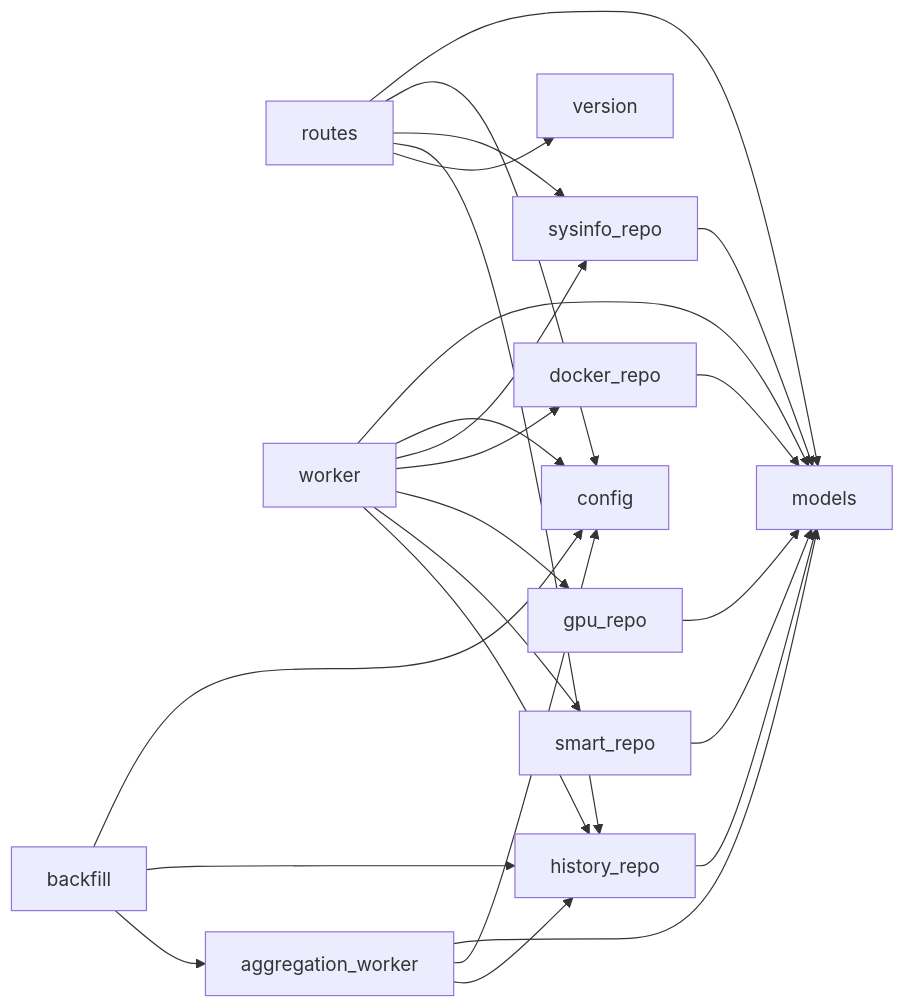
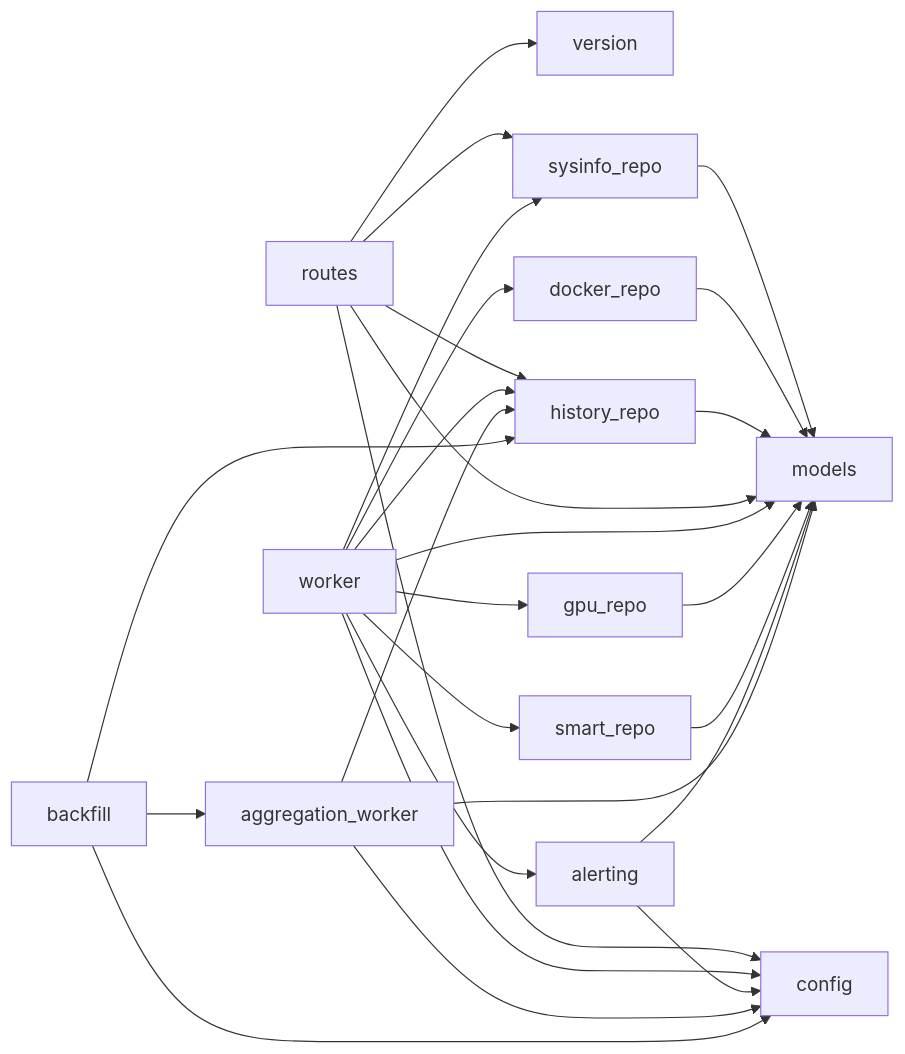
One commit to DarkseidAM/homeserver_rust changed the second of 3 diagrams in CODEBASE.md. Above: the diagram before and after it, drawn with Mermaid. The commit also changed other lines of this file and 12 other files, not shown here.

````diff
--- a/CODEBASE.md
+++ b/CODEBASE.md
@@ -120,39 +125,43 @@
 ```mermaid
 graph LR
     config["config"]
     models["models"]
     version["version"]
     sysinfo_repo["sysinfo_repo"]
     docker_repo["docker_repo"]
     history_repo["history_repo"]
     routes["routes"]
     worker["worker"]
     aggregation_worker["aggregation_worker"]
     backfill["backfill"]
 
     sysinfo_repo --> models
     docker_repo --> models
     gpu_repo["gpu_repo"]
     smart_repo["smart_repo"]
+    alerting["alerting"]
     history_repo --> models
     routes --> models
     routes --> config
     routes --> sysinfo_repo
     routes --> history_repo
     worker --> models
     worker --> config
     worker --> sysinfo_repo
     worker --> docker_repo
     worker --> gpu_repo
     gpu_repo --> models
     worker --> smart_repo
     smart_repo --> models
+    worker --> alerting
+    alerting --> models
+    alerting --> config
     worker --> history_repo
     aggregation_worker --> models
     aggregation_worker --> config
     aggregation_worker --> history_repo
     backfill --> config
     backfill --> history_repo
     backfill --> aggregation_worker
     routes --> version
 ```
````
